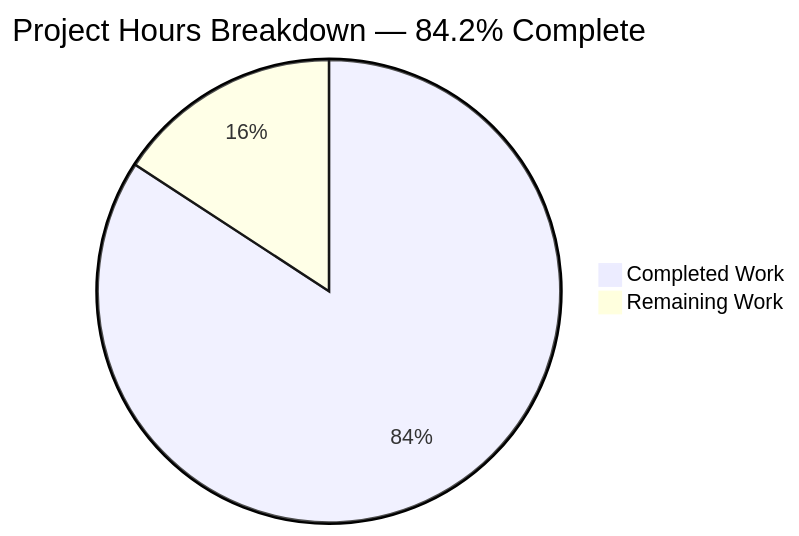
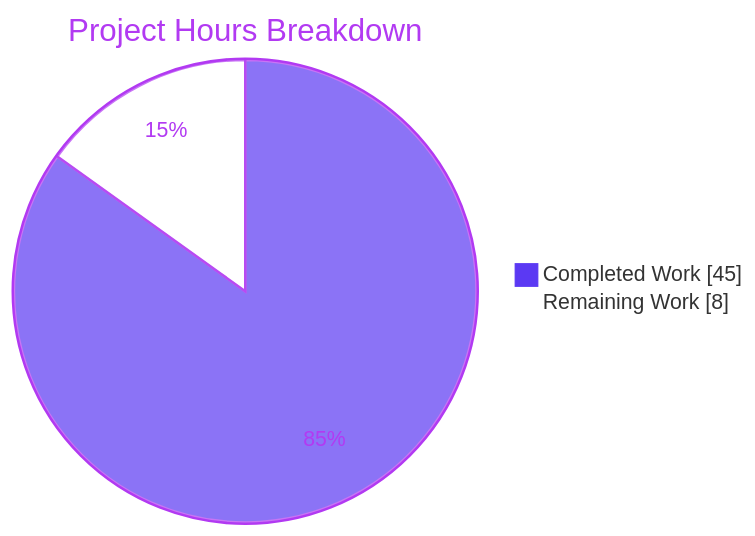
One commit to rjhonsi-blitzy/BlitzyRepo2_Java changed the second of 3 diagrams in blitzy/documentation/Project Guide.md. Above: the diagram before and after it, drawn with Mermaid. The commit also changed other lines of this file, not shown here.

Commit message:
Adding Blitzy Project Guide: Project Status and Human Tasks Remaining

````diff
--- a/blitzy/documentation/Project Guide.md
+++ b/blitzy/documentation/Project Guide.md
@@ -245,5 +199,6 @@
 ```mermaid
-pie title Project Hours Breakdown — 84.2% Complete
-    "Completed Work" : 32
-    "Remaining Work" : 6
+%%{init: {'theme': 'base', 'themeVariables': {'pie1': '#5B39F3', 'pie2': '#FFFFFF', 'pieStrokeColor': '#B23AF2', 'pieOuterStrokeColor': '#B23AF2', 'pieSectionTextColor': '#B23AF2', 'pieTitleTextColor': '#B23AF2'}}}%%
+pie showData title Project Hours Breakdown
+    "Completed Work" : 45
+    "Remaining Work" : 8
 ```
````
